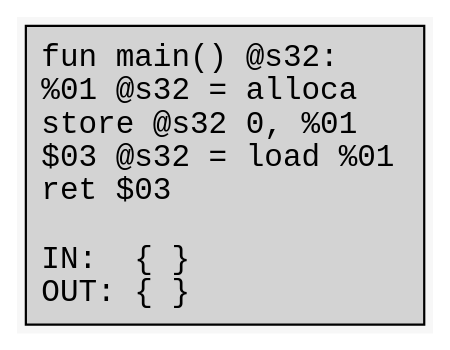
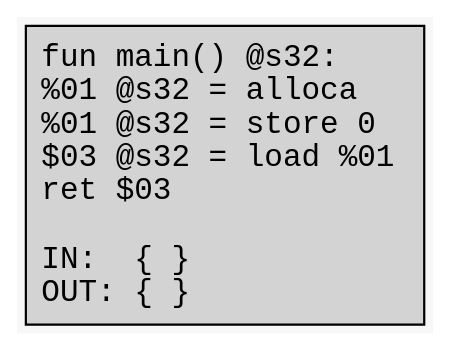
Before and after one commit to ArkoiSystems/arkoi_language: the diagram in example/hello_world/hello_world.dot, drawn with Graphviz. The commit also changed 12 other files, not shown here.

```diff
--- a/example/hello_world/hello_world.dot
+++ b/example/hello_world/hello_world.dot
@@ -1,9 +1,9 @@
 digraph CFG {
 	graph [fontname = "Monospace"];
 	node  [fontname = "Monospace", shape=box, style=filled, margin=0.1];
 	edge  [fontname = "Monospace"];
 	bgcolor = "#f7f7f7";
 	splines = false;
 
-	L0 [label="fun main() @s32:\l %01 @s32 = alloca\l store @s32 0, %01\l $03 @s32 = load %01\l ret $03\l\lIN:  { }\lOUT: { }\l"];
+	L0 [label="fun main() @s32:\l %01 @s32 = alloca\l %01 @s32 = store 0\l $03 @s32 = load %01\l ret $03\l\lIN:  { }\lOUT: { }\l"];
 }
```
